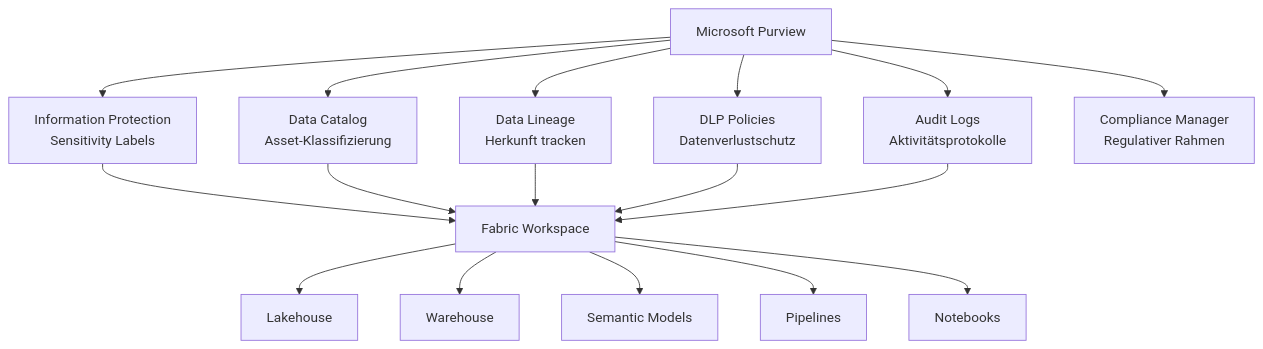
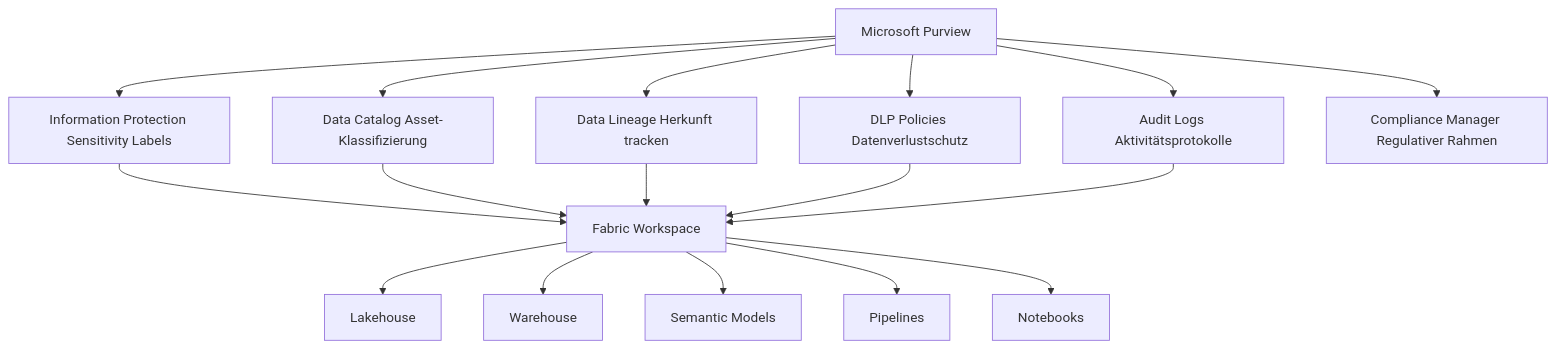
Before and after one commit to SoniiiT/notes-n-docs: the first of 7 diagrams in Microsoft 365/Azure/Fabric/Microsoft Purview in Fabric.md, drawn with Mermaid. The commit also changed other lines of this file and 124 other files, not shown here.

First line of the commit message:
fix: Entferne \n aus allen Mermaid-Diagrammen (125 Dateien)

````diff
--- a/Microsoft 365/Azure/Fabric/Microsoft Purview in Fabric.md
+++ b/Microsoft 365/Azure/Fabric/Microsoft Purview in Fabric.md
@@ -28,20 +28,20 @@
 ```mermaid
 graph TD
-    A[Microsoft Purview] --> B[Information Protection\nSensitivity Labels]
-    A --> C[Data Catalog\nAsset-Klassifizierung]
-    A --> D[Data Lineage\nHerkunft tracken]
-    A --> E[DLP Policies\nDatenverlustschutz]
-    A --> F[Audit Logs\nAktivitätsprotokolle]
-    A --> G[Compliance Manager\nRegulativer Rahmen]
+    A[Microsoft Purview] --> B[Information Protection Sensitivity Labels]
+    A --> C[Data Catalog Asset-Klassifizierung]
+    A --> D[Data Lineage Herkunft tracken]
+    A --> E[DLP Policies Datenverlustschutz]
+    A --> F[Audit Logs Aktivitätsprotokolle]
+    A --> G[Compliance Manager Regulativer Rahmen]
 
     B --> H[Fabric Workspace]
     C --> H
     D --> H
     E --> H
     F --> H
     H --> I[Lakehouse]
     H --> J[Warehouse]
     H --> K[Semantic Models]
     H --> L[Pipelines]
     H --> M[Notebooks]
 ```
````
